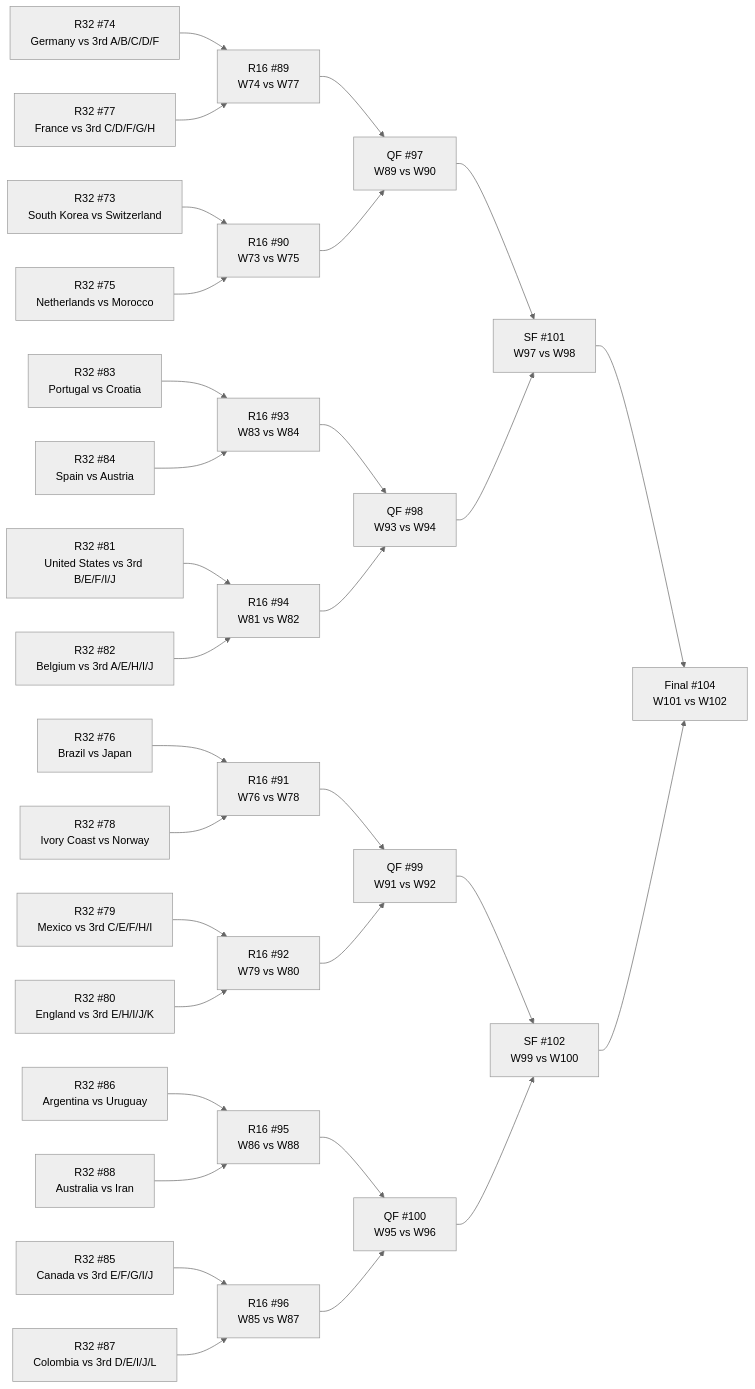
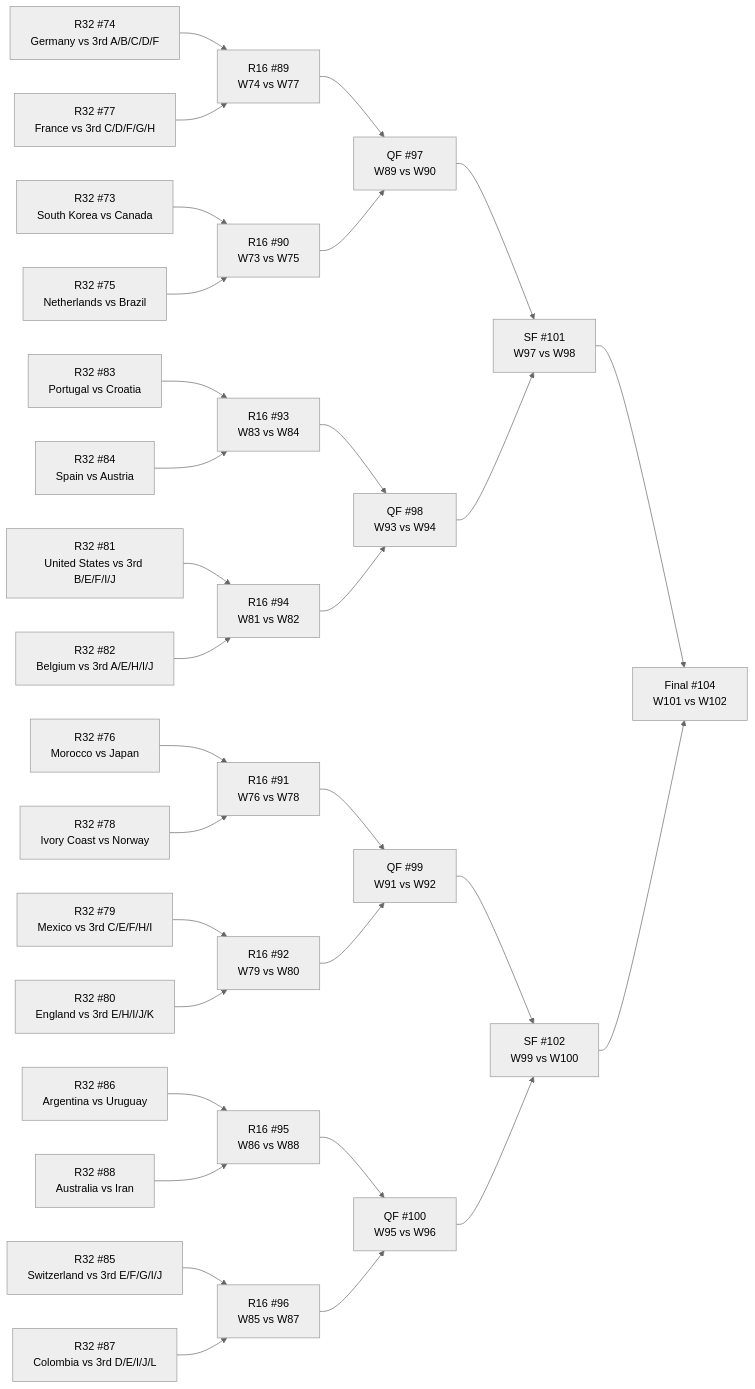
The diagram in WC vault/_bracket.md (Tutai-Tran/WC-2026-predictor), drawn with Mermaid (neutral theme) before and after one commit. The commit also changed other lines of this file and 229 other files, not shown here.

````diff
--- a/WC vault/_bracket.md
+++ b/WC vault/_bracket.md
@@ -11,64 +11,64 @@
 ```mermaid
 flowchart LR
-  M73["R32 #73<br>South Korea vs Switzerland"]
+  M73["R32 #73<br>South Korea vs Canada"]
   M74["R32 #74<br>Germany vs 3rd A/B/C/D/F"]
-  M75["R32 #75<br>Netherlands vs Morocco"]
-  M76["R32 #76<br>Brazil vs Japan"]
+  M75["R32 #75<br>Netherlands vs Brazil"]
+  M76["R32 #76<br>Morocco vs Japan"]
   M77["R32 #77<br>France vs 3rd C/D/F/G/H"]
   M78["R32 #78<br>Ivory Coast vs Norway"]
   M79["R32 #79<br>Mexico vs 3rd C/E/F/H/I"]
   M80["R32 #80<br>England vs 3rd E/H/I/J/K"]
   M81["R32 #81<br>United States vs 3rd B/E/F/I/J"]
   M82["R32 #82<br>Belgium vs 3rd A/E/H/I/J"]
   M83["R32 #83<br>Portugal vs Croatia"]
   M84["R32 #84<br>Spain vs Austria"]
-  M85["R32 #85<br>Canada vs 3rd E/F/G/I/J"]
+  M85["R32 #85<br>Switzerland vs 3rd E/F/G/I/J"]
   M86["R32 #86<br>Argentina vs Uruguay"]
   M87["R32 #87<br>Colombia vs 3rd D/E/I/J/L"]
   M88["R32 #88<br>Australia vs Iran"]
   M89["R16 #89<br>W74 vs W77"]
   M90["R16 #90<br>W73 vs W75"]
   M91["R16 #91<br>W76 vs W78"]
   M92["R16 #92<br>W79 vs W80"]
   M93["R16 #93<br>W83 vs W84"]
   M94["R16 #94<br>W81 vs W82"]
   M95["R16 #95<br>W86 vs W88"]
   M96["R16 #96<br>W85 vs W87"]
   M97["QF #97<br>W89 vs W90"]
   M98["QF #98<br>W93 vs W94"]
   M99["QF #99<br>W91 vs W92"]
   M100["QF #100<br>W95 vs W96"]
   M101["SF #101<br>W97 vs W98"]
   M102["SF #102<br>W99 vs W100"]
   M104["Final #104<br>W101 vs W102"]
   M74 --> M89
   M77 --> M89
   M73 --> M90
   M75 --> M90
   M76 --> M91
   M78 --> M91
   M79 --> M92
   M80 --> M92
   M83 --> M93
   M84 --> M93
   M81 --> M94
   M82 --> M94
   M86 --> M95
   M88 --> M95
   M85 --> M96
   M87 --> M96
   M89 --> M97
   M90 --> M97
   M93 --> M98
   M94 --> M98
   M91 --> M99
   M92 --> M99
   M95 --> M100
   M96 --> M100
   M97 --> M101
   M98 --> M101
   M99 --> M102
   M100 --> M102
   M101 --> M104
   M102 --> M104
 ```
````
